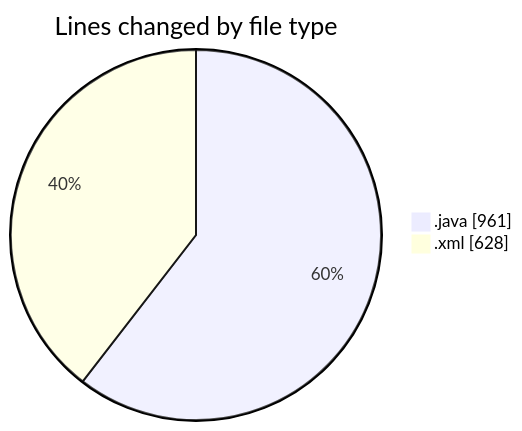
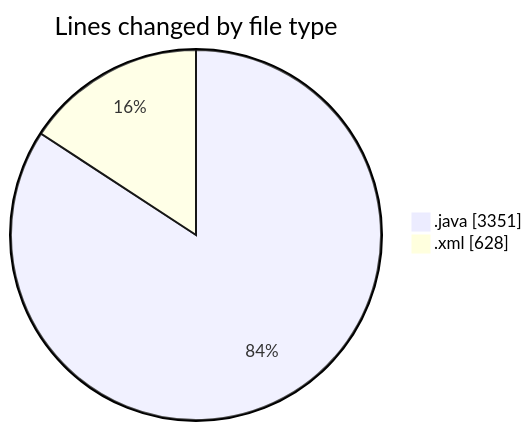
Before and after one commit to charlie-sans/code-tracking: the first of 2 diagrams in 2025-02-26/micros/README.md, drawn with Mermaid. The commit also changed other lines of this file and 1 other file, not shown here.

````diff
--- a/2025-02-26/micros/README.md
+++ b/2025-02-26/micros/README.md
@@ -22,6 +27,6 @@
 ```mermaid
 pie showData
 title Lines changed by file type
-".java" : 961
+".java" : 3351
 ".xml" : 628
 ```
````
